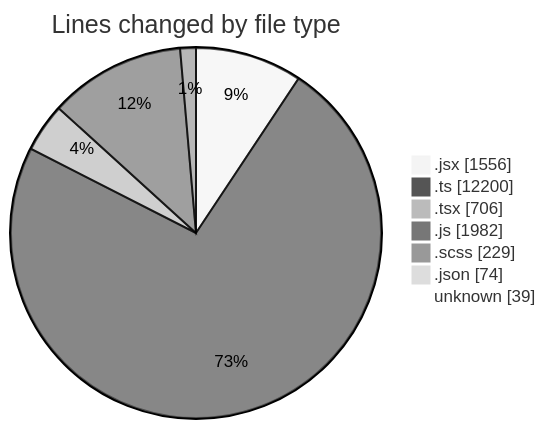
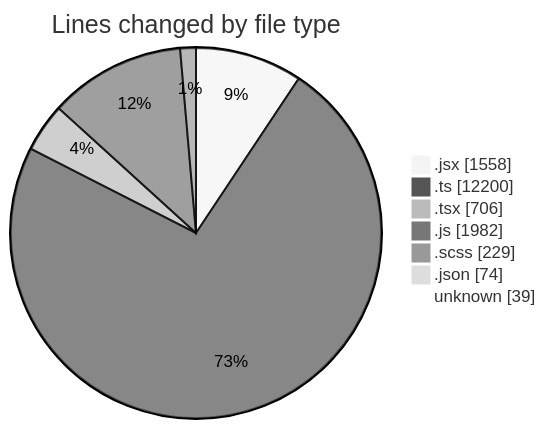
Before and after one commit to momahboobian/code-tracking: the first of 2 diagrams in 2025-06-05/cda/README.md, drawn with Mermaid (neutral theme). The commit also changed other lines of this file and 1 other file, not shown here.

````diff
--- a/2025-06-05/cda/README.md
+++ b/2025-06-05/cda/README.md
@@ -42,11 +42,11 @@
 ```mermaid
 pie showData
 title Lines changed by file type
-".jsx" : 1556
+".jsx" : 1558
 ".ts" : 12200
 ".tsx" : 706
 ".js" : 1982
 ".scss" : 229
 ".json" : 74
 "unknown" : 39
 ```
````
